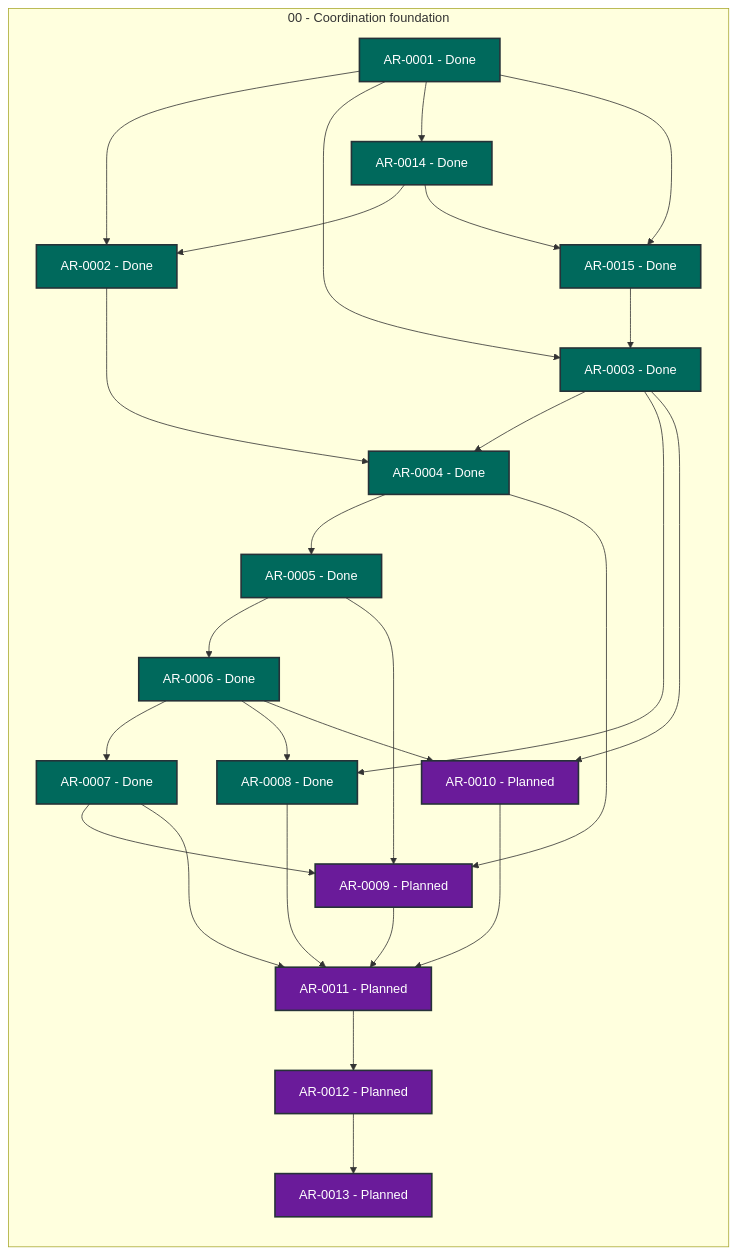
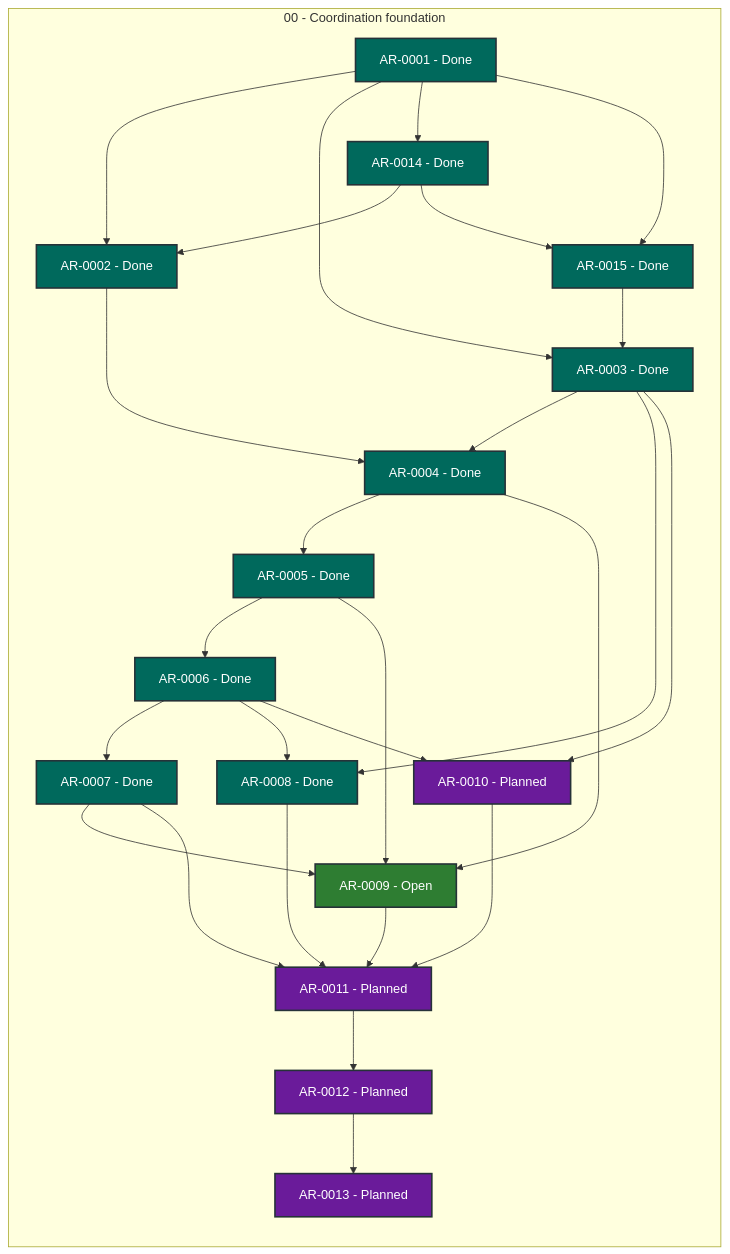
Before and after one commit to martin-beck/agent-workflow-tui-state: the diagram in STATUS.md, drawn with Mermaid. The commit also changed other lines of this file and 2 other files, not shown here.

````diff
--- a/STATUS.md
+++ b/STATUS.md
@@ -27,54 +27,54 @@
 ```mermaid
 flowchart LR
     subgraph series_00["00 - Coordination foundation"]
         direction TB
         AR_0001["AR-0001 - Done"]:::status_done
         AR_0002["AR-0002 - Done"]:::status_done
         AR_0003["AR-0003 - Done"]:::status_done
         AR_0004["AR-0004 - Done"]:::status_done
         AR_0005["AR-0005 - Done"]:::status_done
         AR_0006["AR-0006 - Done"]:::status_done
         AR_0007["AR-0007 - Done"]:::status_done
         AR_0008["AR-0008 - Done"]:::status_done
-        AR_0009["AR-0009 - Planned"]:::status_planned
+        AR_0009["AR-0009 - Open"]:::status_open
         AR_0010["AR-0010 - Planned"]:::status_planned
         AR_0011["AR-0011 - Planned"]:::status_planned
         AR_0012["AR-0012 - Planned"]:::status_planned
         AR_0013["AR-0013 - Planned"]:::status_planned
         AR_0014["AR-0014 - Done"]:::status_done
         AR_0015["AR-0015 - Done"]:::status_done
     end
     AR_0001 --> AR_0002
     AR_0001 --> AR_0003
     AR_0001 --> AR_0014
     AR_0001 --> AR_0015
     AR_0002 --> AR_0004
     AR_0003 --> AR_0004
     AR_0003 --> AR_0008
     AR_0003 --> AR_0010
     AR_0004 --> AR_0005
     AR_0004 --> AR_0009
     AR_0005 --> AR_0006
     AR_0005 --> AR_0009
     AR_0006 --> AR_0007
     AR_0006 --> AR_0008
     AR_0006 --> AR_0010
     AR_0007 --> AR_0009
     AR_0007 --> AR_0011
     AR_0008 --> AR_0011
     AR_0009 --> AR_0011
     AR_0010 --> AR_0011
     AR_0011 --> AR_0012
     AR_0012 --> AR_0013
     AR_0014 --> AR_0002
     AR_0014 --> AR_0015
     AR_0015 --> AR_0003
     classDef status_in_progress fill:#1565c0,color:#ffffff,stroke:#263238,stroke-width:2px
     classDef status_open fill:#2e7d32,color:#ffffff,stroke:#263238,stroke-width:2px
     classDef status_blocked fill:#c62828,color:#ffffff,stroke:#263238,stroke-width:2px
     classDef status_planned fill:#6a1b9a,color:#ffffff,stroke:#263238,stroke-width:2px
     classDef status_future fill:#455a64,color:#ffffff,stroke:#263238,stroke-width:2px
     classDef status_done fill:#00695c,color:#ffffff,stroke:#263238,stroke-width:2px
     classDef status_cancelled fill:#616161,color:#ffffff,stroke:#263238,stroke-width:2px
     classDef status_superseded fill:#5d4037,color:#ffffff,stroke:#263238,stroke-width:2px
 ```
````
